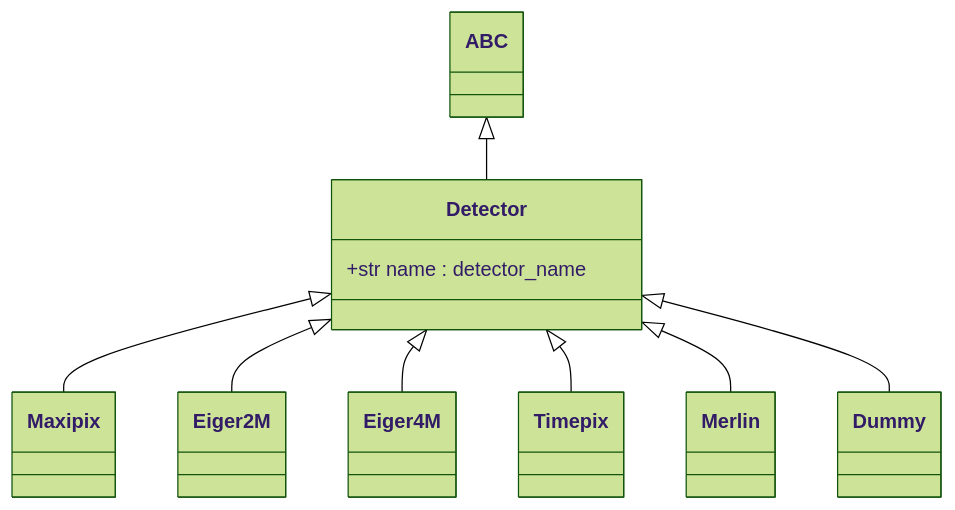
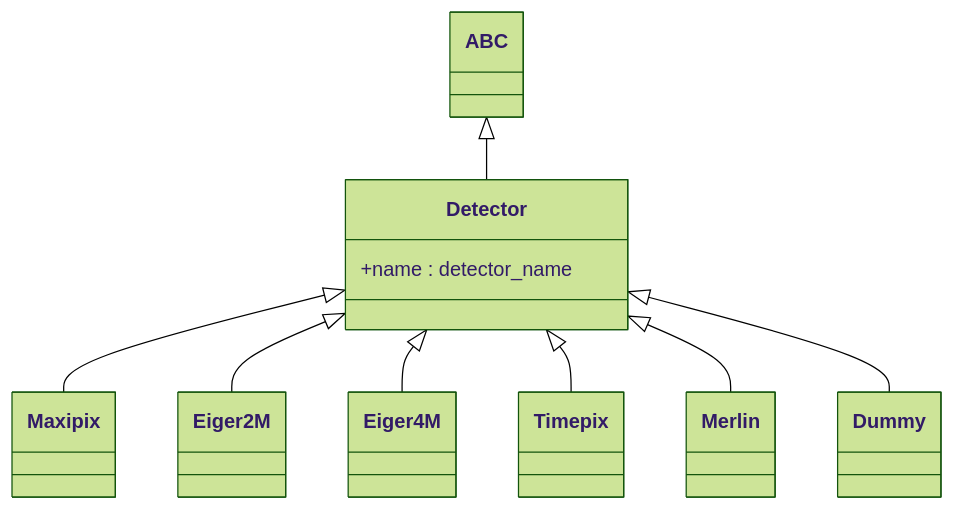
One commit to carnisj/bcdi changed the third of 4 diagrams in doc/modules/experiment/index.rst. Above: the diagram before and after it, drawn with Mermaid (forest theme). The commit also changed other lines of this file, not shown here.

```diff
--- a/doc/modules/experiment/index.rst
+++ b/doc/modules/experiment/index.rst
@@ -99,14 +109,14 @@
 .. mermaid::
   :align: center
 
   classDiagram
     class Detector{
-      +str name : detector_name
+      +name : detector_name
   }
     ABC <|-- Detector
     Detector <|-- Maxipix
     Detector <|-- Eiger2M
     Detector <|-- Eiger4M
     Detector <|-- Timepix
     Detector <|-- Merlin
     Detector <|-- Dummy
```
